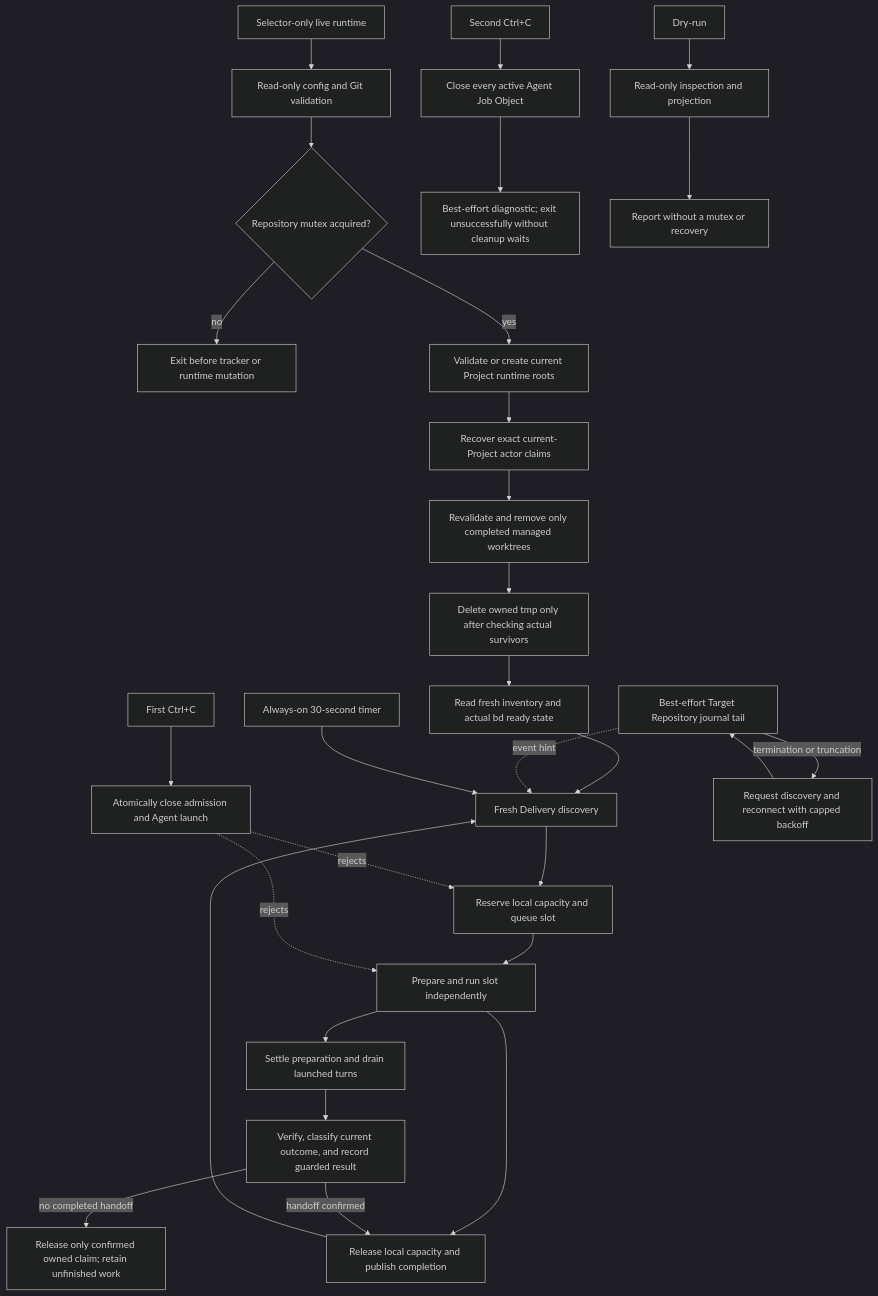
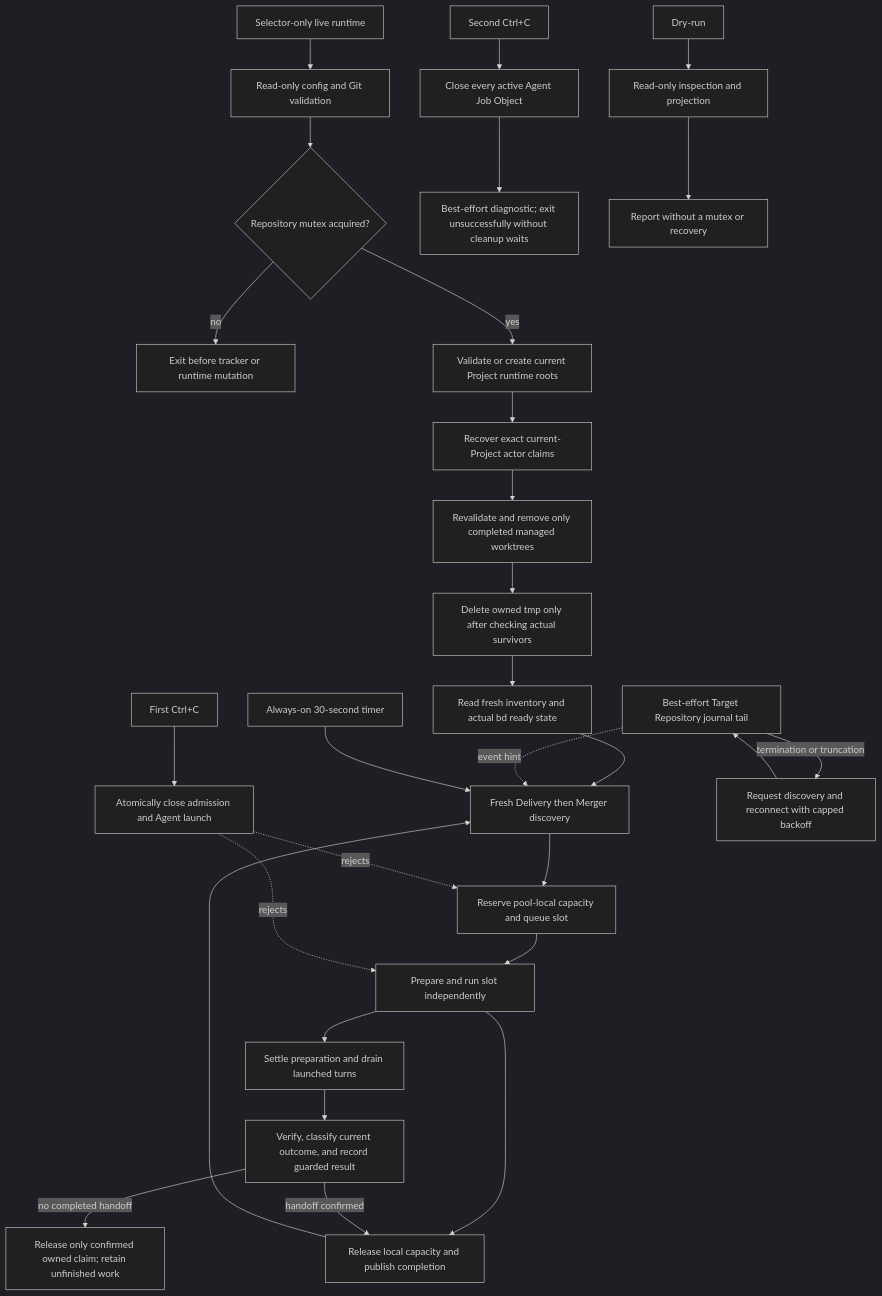
Before and after one commit to mgasparel/nightweaver: the third of 3 diagrams in SPEC.md, drawn with Mermaid (dark theme). The commit also changed other lines of this file and 10 other files, not shown here.

````diff
--- a/SPEC.md
+++ b/SPEC.md
@@ -229,31 +229,31 @@
 ```mermaid
 flowchart TD
     Live[Selector-only live runtime] --> Validate[Read-only config and Git validation]
     Validate --> Mutex{Repository mutex acquired?}
     Mutex -- no --> Loser[Exit before tracker or runtime mutation]
     Mutex -- yes --> Roots[Validate or create current Project runtime roots]
     Roots --> Recovery[Recover exact current-Project actor claims]
     Recovery --> Sweep[Revalidate and remove only completed managed worktrees]
     Sweep --> Tmp[Delete owned tmp only after checking actual survivors]
     Tmp --> Actual[Read fresh inventory and actual bd ready state]
-    Actual --> Discover[Fresh Delivery discovery]
-    Discover --> Reserve[Reserve local capacity and queue slot]
+    Actual --> Discover[Fresh Delivery then Merger discovery]
+    Discover --> Reserve[Reserve pool-local capacity and queue slot]
     Reserve --> Slot[Prepare and run slot independently]
     Slot --> Complete[Release local capacity and publish completion]
     Complete --> Discover
     FirstStop[First Ctrl+C] --> StopGate[Atomically close admission and Agent launch]
     StopGate -. rejects .-> Reserve
     StopGate -. rejects .-> Slot
     Slot --> Drain[Settle preparation and drain launched turns]
     Drain --> Record[Verify, classify current outcome, and record guarded result]
     Record -->|no completed handoff| Finalize[Release only confirmed owned claim; retain unfinished work]
     Record -->|handoff confirmed| Complete
     SecondStop[Second Ctrl+C] --> ForceClose[Close every active Agent Job Object]
     ForceClose --> ForceExit[Best-effort diagnostic; exit unsuccessfully without cleanup waits]
     JournalTail[Best-effort Target Repository journal tail] -. event hint .-> Discover
     JournalTail -->|termination or truncation| Reconnect[Request discovery and reconnect with capped backoff]
     Reconnect --> JournalTail
     Timer[Always-on 30-second timer] --> Discover
     DryRun[Dry-run] --> Inspect[Read-only inspection and projection]
     Inspect --> Report[Report without a mutex or recovery]
 ```
````
